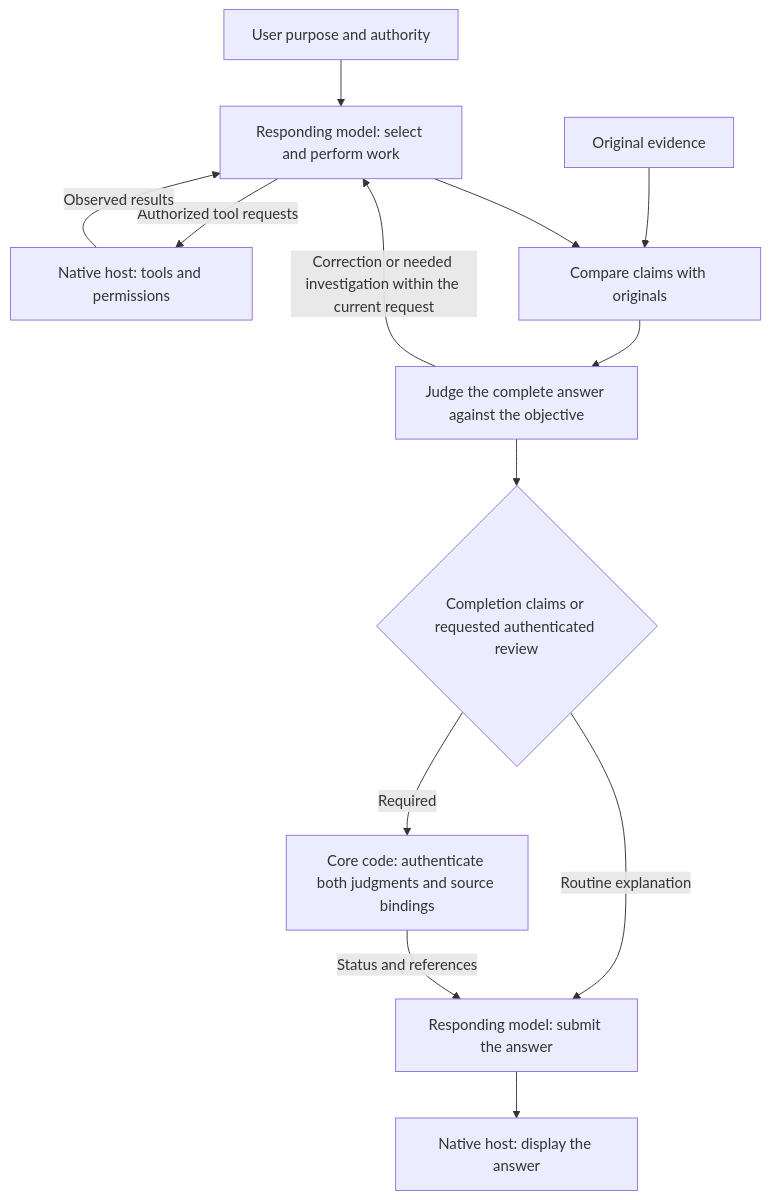
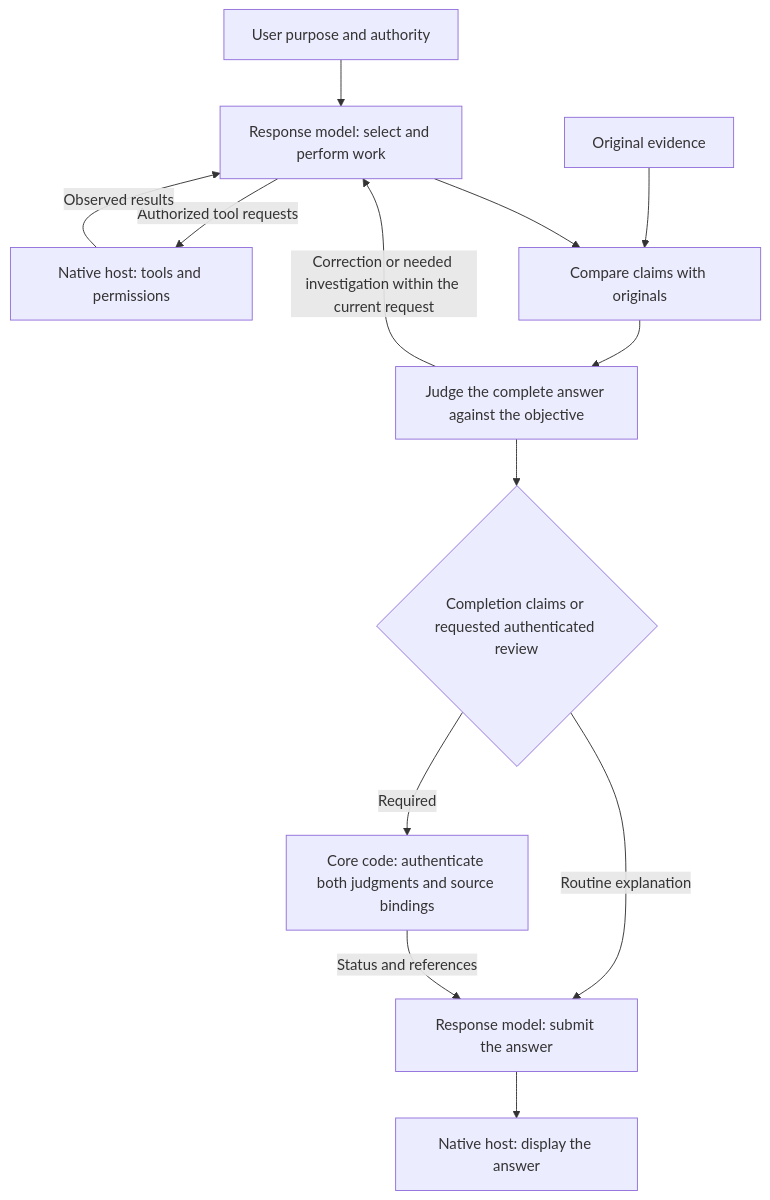
Before and after one commit to AidALL/ghost-alice: the second of 5 diagrams in architecture.md, drawn with Mermaid. The commit also changed other lines of this file and 43 other files, not shown here.

````diff
--- a/architecture.md
+++ b/architecture.md
@@ -49,15 +49,15 @@
 ```mermaid
 flowchart TD
-  U["User purpose and authority"] --> M["Responding model: select and perform work"]
+  U["User purpose and authority"] --> M["Response model: select and perform work"]
   M -->|Authorized tool requests| T["Native host: tools and permissions"]
   T -->|Observed results| M
   O["Original evidence"] --> J["Compare claims with originals"]
   M --> J
   J --> W["Judge the complete answer against the objective"]
   W -->|Correction or needed investigation within the current request| M
   W --> R{"Completion claims or requested authenticated review"}
   R -->|Required| C["Core code: authenticate both judgments and source bindings"]
-  R -->|Routine explanation| D["Responding model: submit the answer"]
+  R -->|Routine explanation| D["Response model: submit the answer"]
   C -->|Status and references| D
   D --> H["Native host: display the answer"]
 ```
````
